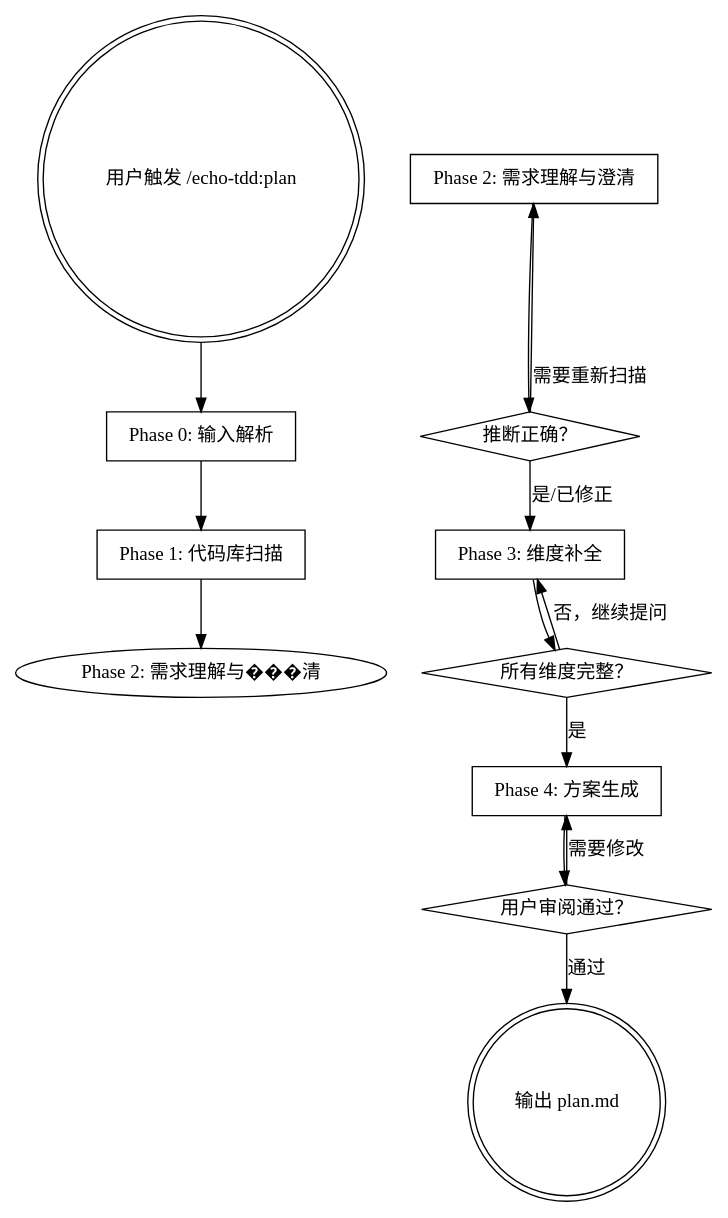
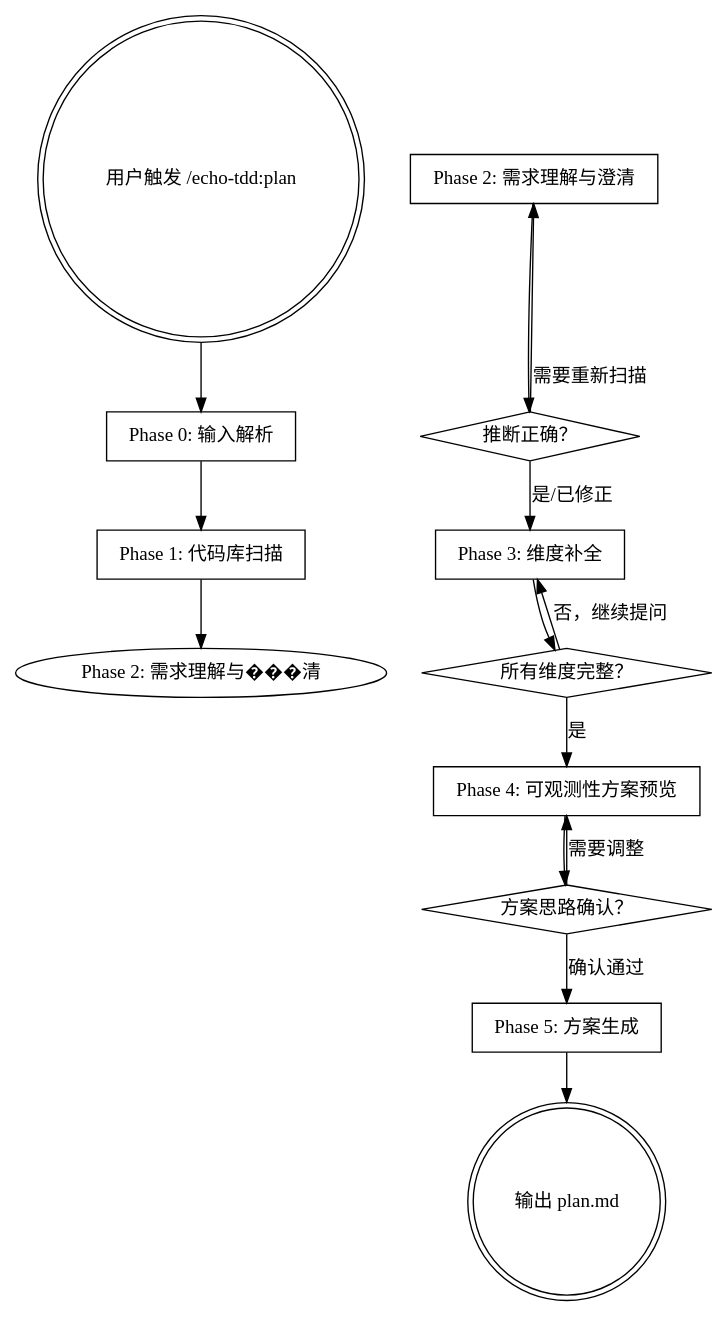
One commit to dannnney/echo-tdd changed the diagram in skills/echo-tdd-plan/SKILL.md. Above: the diagram before and after it, drawn with Graphviz. The commit also changed other lines of this file, not shown here.

````diff
--- a/skills/echo-tdd-plan/SKILL.md
+++ b/skills/echo-tdd-plan/SKILL.md
@@ -106,29 +107,31 @@
 ```dot
 digraph echo_tdd_plan {
     rankdir=TB;
 
     "用户触发 /echo-tdd:plan" [shape=doublecircle];
     "Phase 0: 输入解析" [shape=box];
     "Phase 1: 代码库扫描" [shape=box];
     "Phase 2: 需求理解与澄清" [shape=box];
     "推断正确？" [shape=diamond];
     "Phase 3: 维度补全" [shape=box];
     "所有维度完整？" [shape=diamond];
-    "Phase 4: 方案生成" [shape=box];
-    "用户审阅通过？" [shape=diamond];
+    "Phase 4: 可观测性方案预览" [shape=box];
+    "方案思路确认？" [shape=diamond];
+    "Phase 5: 方案生成" [shape=box];
     "输出 plan.md" [shape=doublecircle];
 
     "用户触发 /echo-tdd:plan" -> "Phase 0: 输入解析";
     "Phase 0: 输入解析" -> "Phase 1: 代码库扫描";
     "Phase 1: 代码库扫描" -> "Phase 2: 需求理解与���清";
     "Phase 2: 需求理解与澄清" -> "推断正确？";
     "推断正确？" -> "Phase 3: 维度补全" [label="是/已修正"];
     "推断正确？" -> "Phase 2: 需求理解与澄清" [label="需要重新扫描"];
     "Phase 3: 维度补全" -> "所有维度完整？";
-    "所有维度完整？" -> "Phase 4: 方案生成" [label="是"];
+    "所有维度完整？" -> "Phase 4: 可观测性方案预览" [label="是"];
     "所有维度完整？" -> "Phase 3: 维度补全" [label="否，继续提问"];
-    "Phase 4: 方案生成" -> "用户审阅通过？";
-    "用户审阅通过？" -> "输出 plan.md" [label="通过"];
-    "用户审阅通过？" -> "Phase 4: 方案生成" [label="需要修改"];
+    "Phase 4: 可观测性方案预览" -> "方案思路确认？";
+    "方案思路确认？" -> "Phase 5: 方案生成" [label="确认通过"];
+    "方案思路确认？" -> "Phase 4: 可观测性方案预览" [label="需要调整"];
+    "Phase 5: 方案生成" -> "输出 plan.md";
 }
 ```
````
